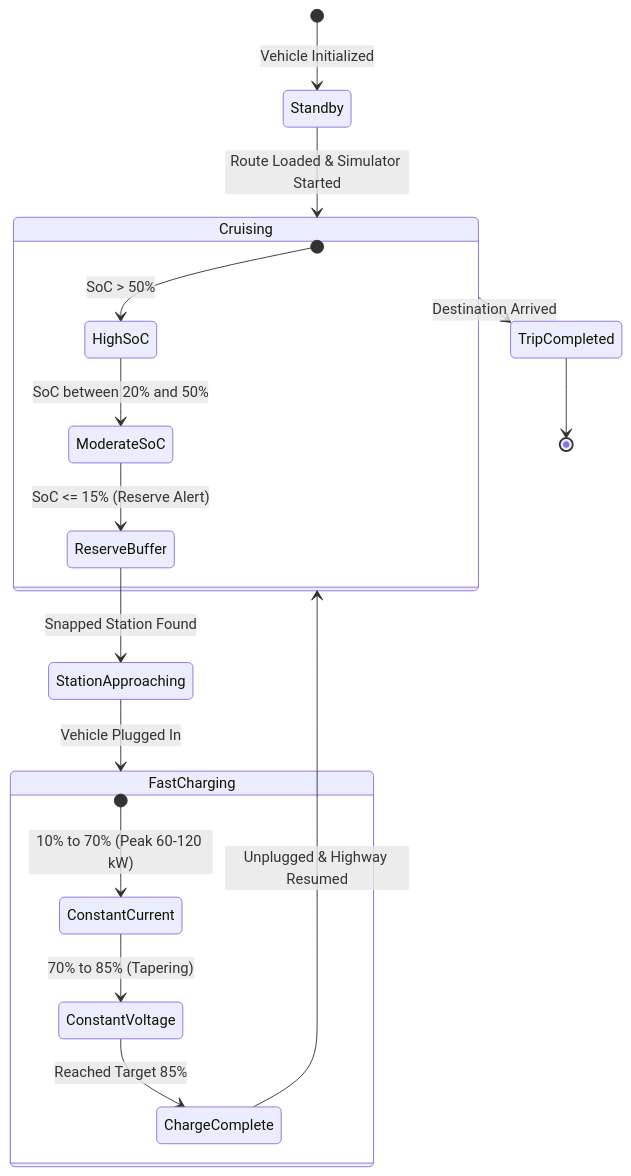
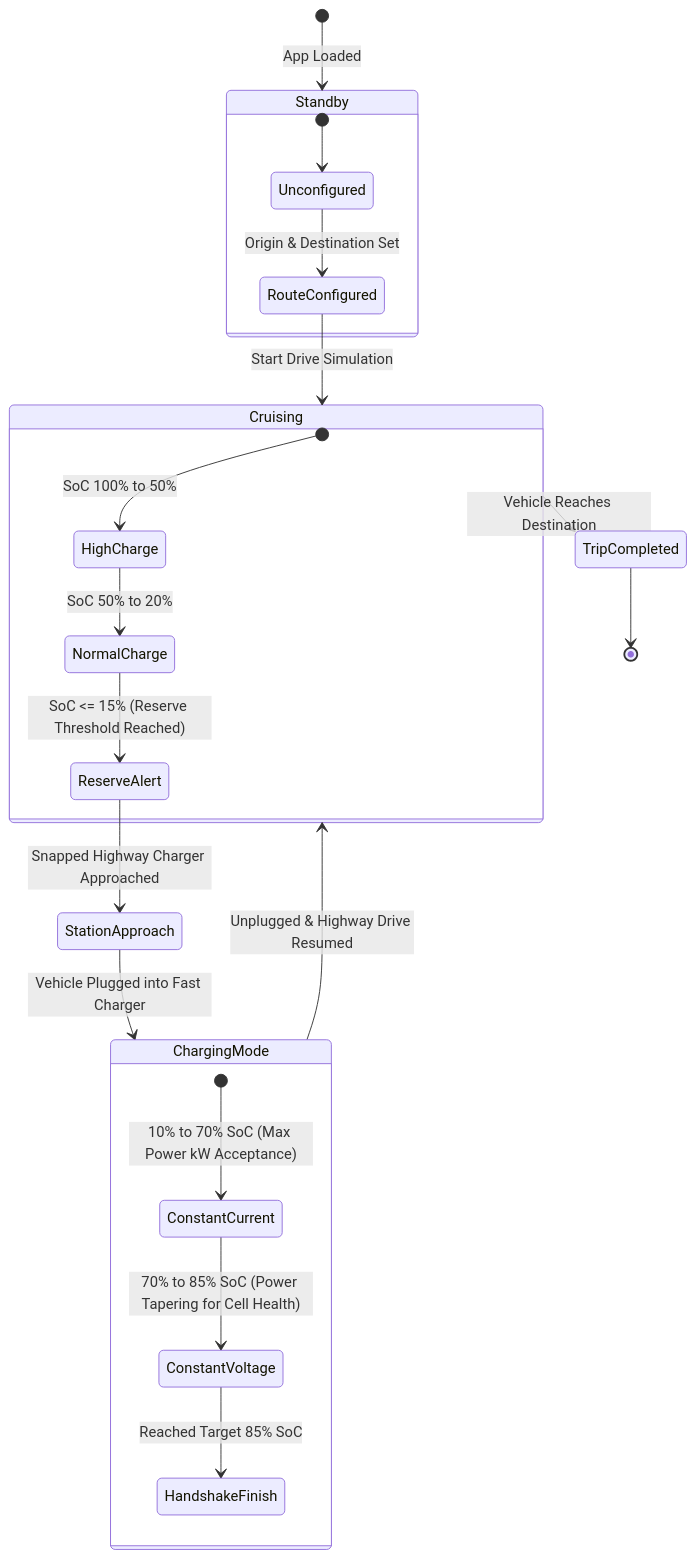
The seventh of 8 diagrams in README.md (tanishbhagat1436/CHARGE-NOVA), drawn with Mermaid before and after one commit. The commit also changed other lines of this file, not shown here.

Commit message:
docs: add Userflow, UML Class, Sequence, Block, and Storyboard diagrams to README

````diff
--- a/README.md
+++ b/README.md
@@ -213,24 +420,30 @@
 ```mermaid
 stateDiagram-v2
-    [*] --> Standby: Vehicle Initialized
-    Standby --> Cruising: Route Loaded & Simulator Started
-    
-    state Cruising {
-        [*] --> HighSoC: SoC > 50%
-        HighSoC --> ModerateSoC: SoC between 20% and 50%
-        ModerateSoC --> ReserveBuffer: SoC <= 15% (Reserve Alert)
+    [*] --> Standby: App Loaded
+
+    state Standby {
+        [*] --> Unconfigured
+        Unconfigured --> RouteConfigured: Origin & Destination Set
     }
 
-    ReserveBuffer --> StationApproaching: Snapped Station Found
-    StationApproaching --> FastCharging: Vehicle Plugged In
-    
-    state FastCharging {
-        [*] --> ConstantCurrent: 10% to 70% (Peak 60-120 kW)
-        ConstantCurrent --> ConstantVoltage: 70% to 85% (Tapering)
-        ConstantVoltage --> ChargeComplete: Reached Target 85%
+    RouteConfigured --> Cruising: Start Drive Simulation
+
+    state Cruising {
+        [*] --> HighCharge: SoC 100% to 50%
+        HighCharge --> NormalCharge: SoC 50% to 20%
+        NormalCharge --> ReserveAlert: SoC <= 15% (Reserve Threshold Reached)
     }
 
-    ChargeComplete --> Cruising: Unplugged & Highway Resumed
-    Cruising --> TripCompleted: Destination Arrived
+    ReserveAlert --> StationApproach: Snapped Highway Charger Approached
+    StationApproach --> ChargingMode: Vehicle Plugged into Fast Charger
+
+    state ChargingMode {
+        [*] --> ConstantCurrent: 10% to 70% SoC (Max Power kW Acceptance)
+        ConstantCurrent --> ConstantVoltage: 70% to 85% SoC (Power Tapering for Cell Health)
+        ConstantVoltage --> HandshakeFinish: Reached Target 85% SoC
+    }
+
+    ChargingMode --> Cruising: Unplugged & Highway Drive Resumed
+    Cruising --> TripCompleted: Vehicle Reaches Destination
     TripCompleted --> [*]
 ```
````
